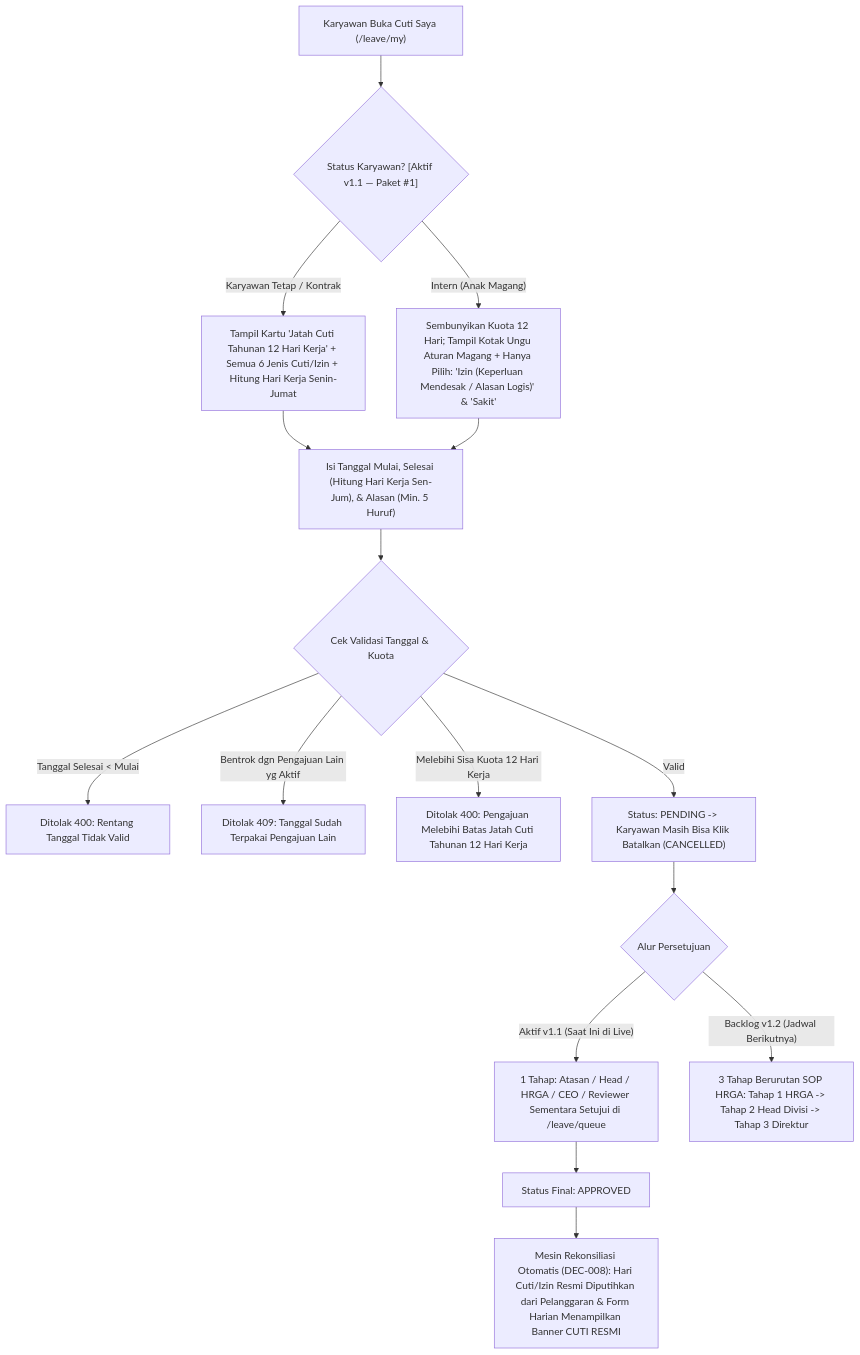
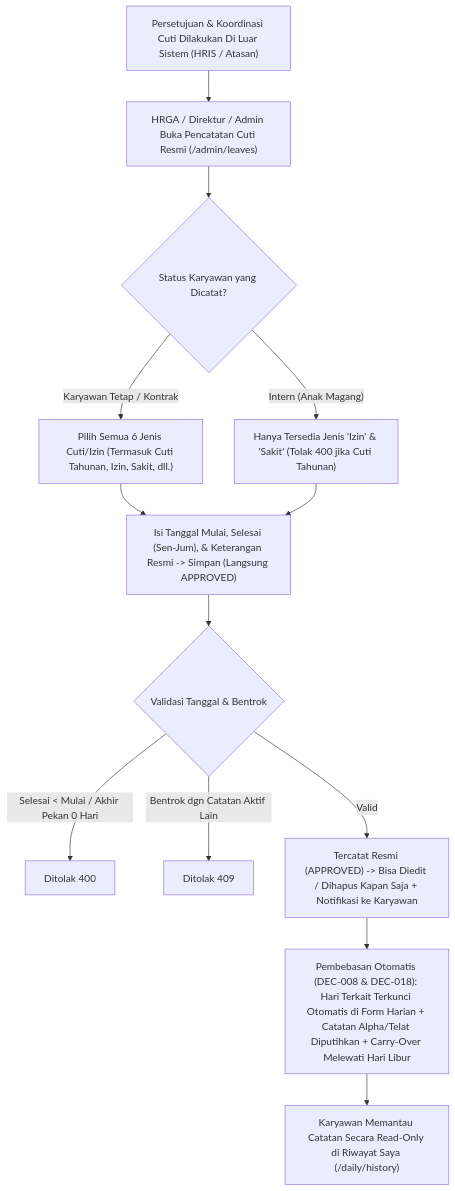
The fifth of 8 diagrams in UAT/Dokumen-Induk-Alur-dan-Kondisi-Sistem.md (harrymx1/Dutamedia-WorkPulse), drawn with Mermaid before and after one commit. The commit also changed other lines of this file and 45 other files, not shown here.

Commit message:
feat(accountability): implement DEC-018 to DEC-021 leave registry, CEO workspace separation, and RED blocker rule

````diff
--- a/UAT/Dokumen-Induk-Alur-dan-Kondisi-Sistem.md
+++ b/UAT/Dokumen-Induk-Alur-dan-Kondisi-Sistem.md
@@ -1011,18 +1012,15 @@
 ```mermaid
 flowchart TD
-    A["Karyawan Buka Cuti Saya (/leave/my)"] --> B{"Status Karyawan? [Aktif v1.1 — Paket #1]"}
-    B -- "Karyawan Tetap / Kontrak" --> B1["Tampil Kartu 'Jatah Cuti Tahunan 12 Hari Kerja' + Semua 6 Jenis Cuti/Izin + Hitung Hari Kerja Senin-Jumat"]
-    B -- "Intern (Anak Magang)" --> B2["Sembunyikan Kuota 12 Hari; Tampil Kotak Ungu Aturan Magang + Hanya Pilih: 'Izin (Keperluan Mendesak / Alasan Logis)' & 'Sakit'"]
-    B1 --> C["Isi Tanggal Mulai, Selesai (Hitung Hari Kerja Sen-Jum), & Alasan (Min. 5 Huruf)"]
-    B2 --> C
-    C --> D{"Cek Validasi Tanggal & Kuota"}
-    D -- "Tanggal Selesai < Mulai" --> D1["Ditolak 400: Rentang Tanggal Tidak Valid"]
-    D -- "Bentrok dgn Pengajuan Lain yg Aktif" --> D2["Ditolak 409: Tanggal Sudah Terpakai Pengajuan Lain"]
-    D -- "Melebihi Sisa Kuota 12 Hari Kerja" --> D3["Ditolak 400: Pengajuan Melebihi Batas Jatah Cuti Tahunan 12 Hari Kerja"]
-    D -- "Valid" --> E["Status: PENDING -> Karyawan Masih Bisa Klik Batalkan (CANCELLED)"]
-    E --> F{"Alur Persetujuan"}
-    F -- "Aktif v1.1 (Saat Ini di Live)" --> F1["1 Tahap: Atasan / Head / HRGA / CEO / Reviewer Sementara Setujui di /leave/queue"]
-    F -- "Backlog v1.2 (Jadwal Berikutnya)" --> F2["3 Tahap Berurutan SOP HRGA: Tahap 1 HRGA -> Tahap 2 Head Divisi -> Tahap 3 Direktur"]
-    F1 --> G["Status Final: APPROVED"]
-    G --> H["Mesin Rekonsiliasi Otomatis (DEC-008): Hari Cuti/Izin Resmi Diputihkan dari Pelanggaran & Form Harian Menampilkan Banner CUTI RESMI"]
+    A["Persetujuan & Koordinasi Cuti Dilakukan Di Luar Sistem (HRIS / Atasan)"] --> B["HRGA / Direktur / Admin Buka Pencatatan Cuti Resmi (/admin/leaves)"]
+    B --> C{"Status Karyawan yang Dicatat?"}
+    C -- "Karyawan Tetap / Kontrak" --> C1["Pilih Semua 6 Jenis Cuti/Izin (Termasuk Cuti Tahunan, Izin, Sakit, dll.)"]
+    C -- "Intern (Anak Magang)" --> C2["Hanya Tersedia Jenis 'Izin' & 'Sakit' (Tolak 400 jika Cuti Tahunan)"]
+    C1 --> D["Isi Tanggal Mulai, Selesai (Sen-Jum), & Keterangan Resmi -> Simpan (Langsung APPROVED)"]
+    C2 --> D
+    D --> E{"Validasi Tanggal & Bentrok"}
+    E -- "Selesai < Mulai / Akhir Pekan 0 Hari" --> E1["Ditolak 400"]
+    E -- "Bentrok dgn Catatan Aktif Lain" --> E2["Ditolak 409"]
+    E -- "Valid" --> F["Tercatat Resmi (APPROVED) -> Bisa Diedit / Dihapus Kapan Saja + Notifikasi ke Karyawan"]
+    F --> G["Pembebasan Otomatis (DEC-008 & DEC-018): Hari Terkait Terkunci Otomatis di Form Harian + Catatan Alpha/Telat Diputihkan + Carry-Over Melewati Hari Libur"]
+    G --> H["Karyawan Memantau Catatan Secara Read-Only di Riwayat Saya (/daily/history)"]
 ```
````
